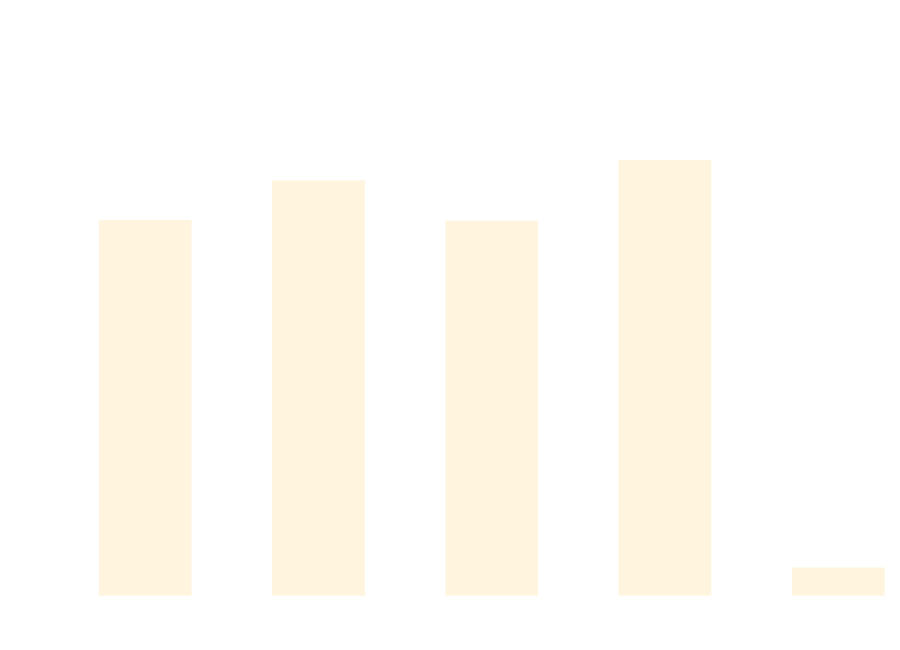
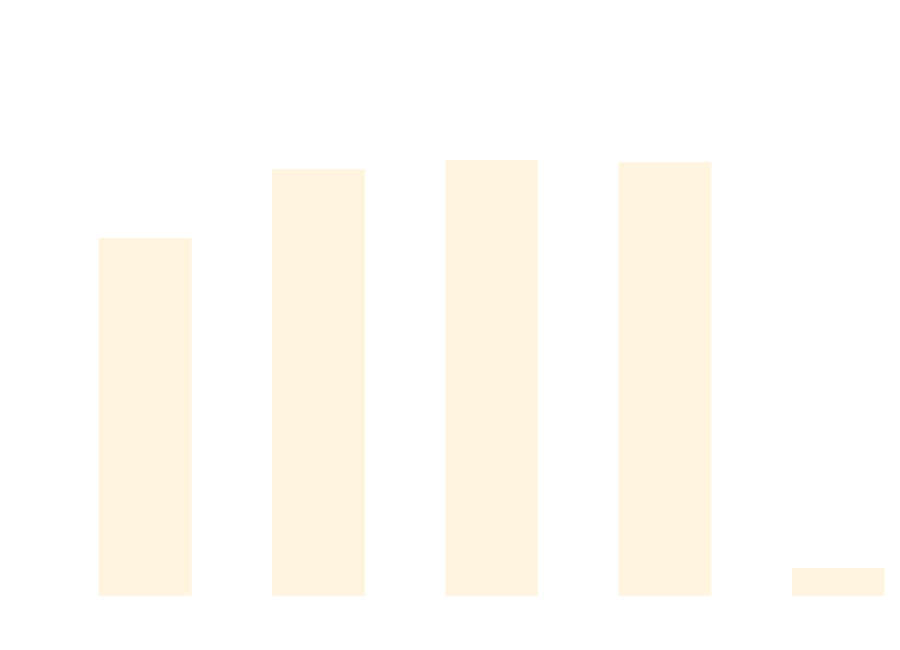
One commit to thomhurst/TUnit changed the diagram in docs/docs/benchmarks/DataDrivenTests.md. Above: the diagram before and after it, drawn with Mermaid. The commit also changed other lines of this file and 17 other files, not shown here.

````diff
--- a/docs/docs/benchmarks/DataDrivenTests.md
+++ b/docs/docs/benchmarks/DataDrivenTests.md
@@ -27,37 +27,37 @@
 ```mermaid
 %%{init: {
   'theme':'base',
   'themeVariables': {
     'primaryColor': '#2563eb',
     'primaryTextColor': '#ffffff',
     'primaryBorderColor': '#1e40af',
     'lineColor': '#6b7280',
     'secondaryColor': '#7c3aed',
     'tertiaryColor': '#dc2626',
     'background': '#ffffff',
     'mainBkg': '#2563eb',
     'secondBkg': '#7c3aed',
     'tertiaryBkg': '#dc2626',
     'clusterBkg': '#f3f4f6',
     'edgeLabelBackground': '#ffffff',
     'tertiaryTextColor': '#1f2937',
     'pie1': '#2563eb',
     'pie2': '#7c3aed',
     'pie3': '#dc2626',
     'pie4': '#f59e0b',
     'pie5': '#10b981',
     'pie6': '#06b6d4',
     'pie7': '#ec4899',
     'pie8': '#6366f1',
     'pie9': '#84cc16',
     'pie10': '#f97316',
     'pie11': '#14b8a6',
     'pie12': '#a855f7'
   }
 }}%%
 xychart-beta
   title "DataDrivenTests Performance Comparison"
   x-axis ["TUnit", "NUnit", "MSTest", "xUnit3", "TUnit_AOT"]
-  y-axis "Time (ms)" 0 --> 704
-  bar [503.63, 558.08, 502.67, 586.34, 25.12]
+  y-axis "Time (ms)" 0 --> 716
+  bar [486.98, 583.42, 596.16, 593.19, 24.79]
 ```
````
